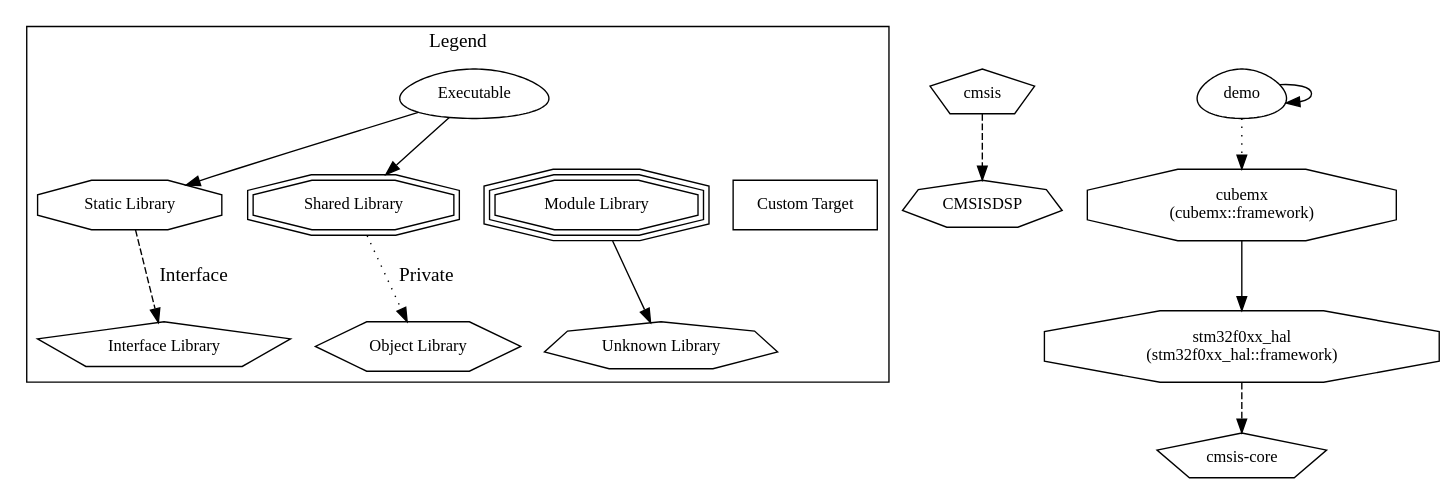
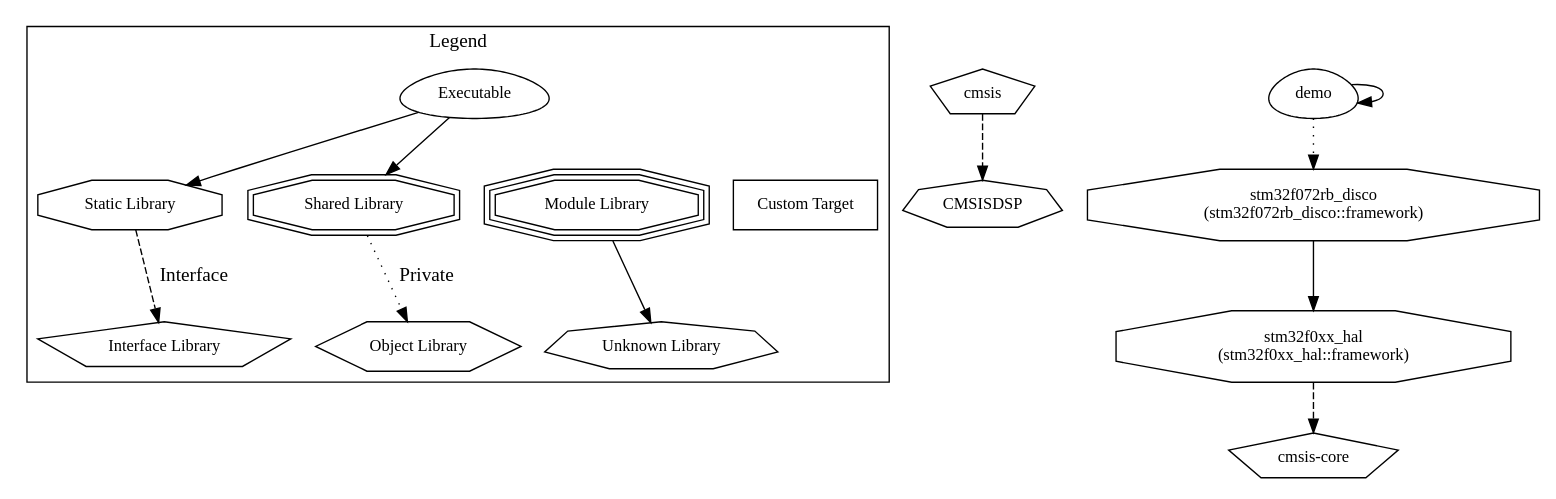
Before and after one commit to kodezine/STM32F072RB-DISCO: the diagram in .readme/config.dot, drawn with Graphviz. The commit also changed 9 other files, not shown here.

```diff
--- a/.readme/config.dot
+++ b/.readme/config.dot
@@ -1,36 +1,36 @@
-digraph "cubemx" {
+digraph "stm32f072rb_disco" {
 node [
   fontsize = "12"
 ];
 subgraph clusterLegend {
   label = "Legend";
   color = black;
   edge [ style = invis ];
   legendNode0 [ label = "Executable", shape = egg ];
   legendNode1 [ label = "Static Library", shape = octagon ];
   legendNode2 [ label = "Shared Library", shape = doubleoctagon ];
   legendNode3 [ label = "Module Library", shape = tripleoctagon ];
   legendNode4 [ label = "Interface Library", shape = pentagon ];
   legendNode5 [ label = "Object Library", shape = hexagon ];
   legendNode6 [ label = "Unknown Library", shape = septagon ];
   legendNode7 [ label = "Custom Target", shape = box ];
   legendNode0 -> legendNode1 [ style = solid ];
   legendNode0 -> legendNode2 [ style = solid ];
   legendNode0 -> legendNode3;
   legendNode1 -> legendNode4 [ label = "Interface", style = dashed ];
   legendNode2 -> legendNode5 [ label = "Private", style = dotted ];
   legendNode3 -> legendNode6 [ style = solid ];
   legendNode0 -> legendNode7;
 }
     "node0" [ label = "cmsis", shape = pentagon ];
     "node1" [ label = "CMSISDSP", shape = septagon ];
     "node0" -> "node1" [ style = dashed ] // cmsis -> CMSISDSP
     "node2" [ label = "cmsis-core", shape = pentagon ];
-    "node3" [ label = "cubemx\n(cubemx::framework)", shape = octagon ];
-    "node4" [ label = "stm32f0xx_hal\n(stm32f0xx_hal::framework)", shape = octagon ];
-    "node4" -> "node2" [ style = dashed ] // stm32f0xx_hal -> cmsis-core
-    "node3" -> "node4"  // cubemx -> stm32f0xx_hal
-    "node5" [ label = "demo", shape = egg ];
-    "node5" -> "node3" [ style = dotted ] // demo -> cubemx
-    "node5" -> "node5"  // demo -> demo
+    "node3" [ label = "demo", shape = egg ];
+    "node3" -> "node3"  // demo -> demo
+    "node4" [ label = "stm32f072rb_disco\n(stm32f072rb_disco::framework)", shape = octagon ];
+    "node5" [ label = "stm32f0xx_hal\n(stm32f0xx_hal::framework)", shape = octagon ];
+    "node5" -> "node2" [ style = dashed ] // stm32f0xx_hal -> cmsis-core
+    "node4" -> "node5"  // stm32f072rb_disco -> stm32f0xx_hal
+    "node3" -> "node4" [ style = dotted ] // demo -> stm32f072rb_disco
 }
```
